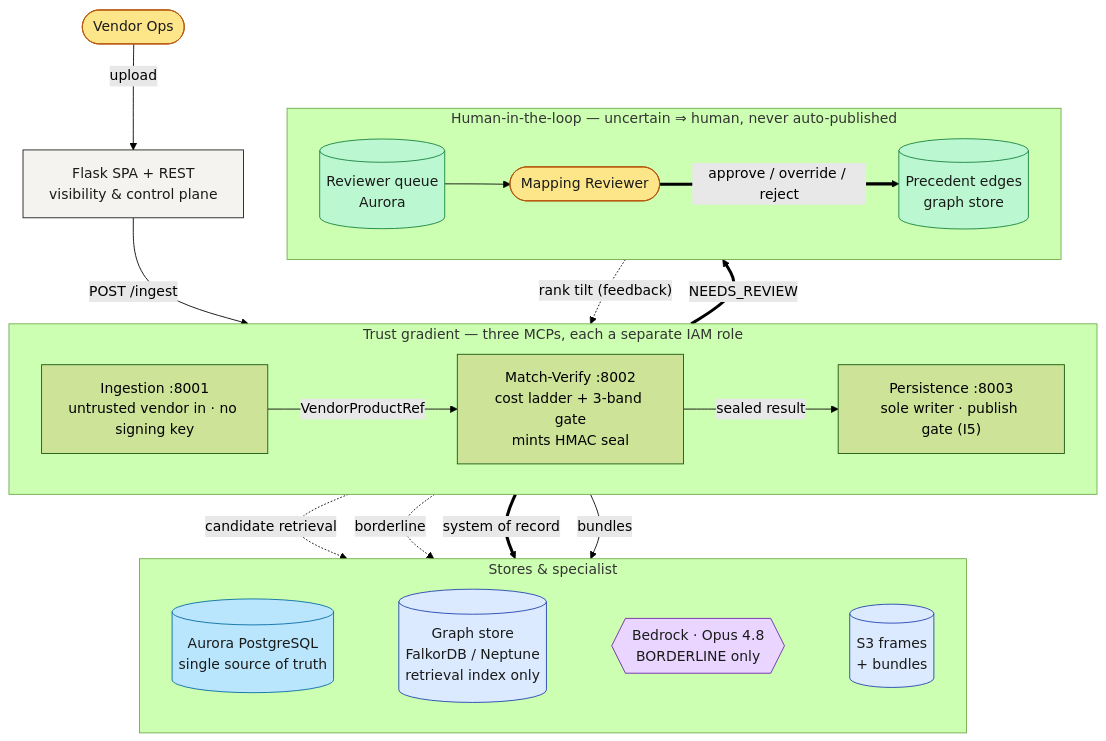
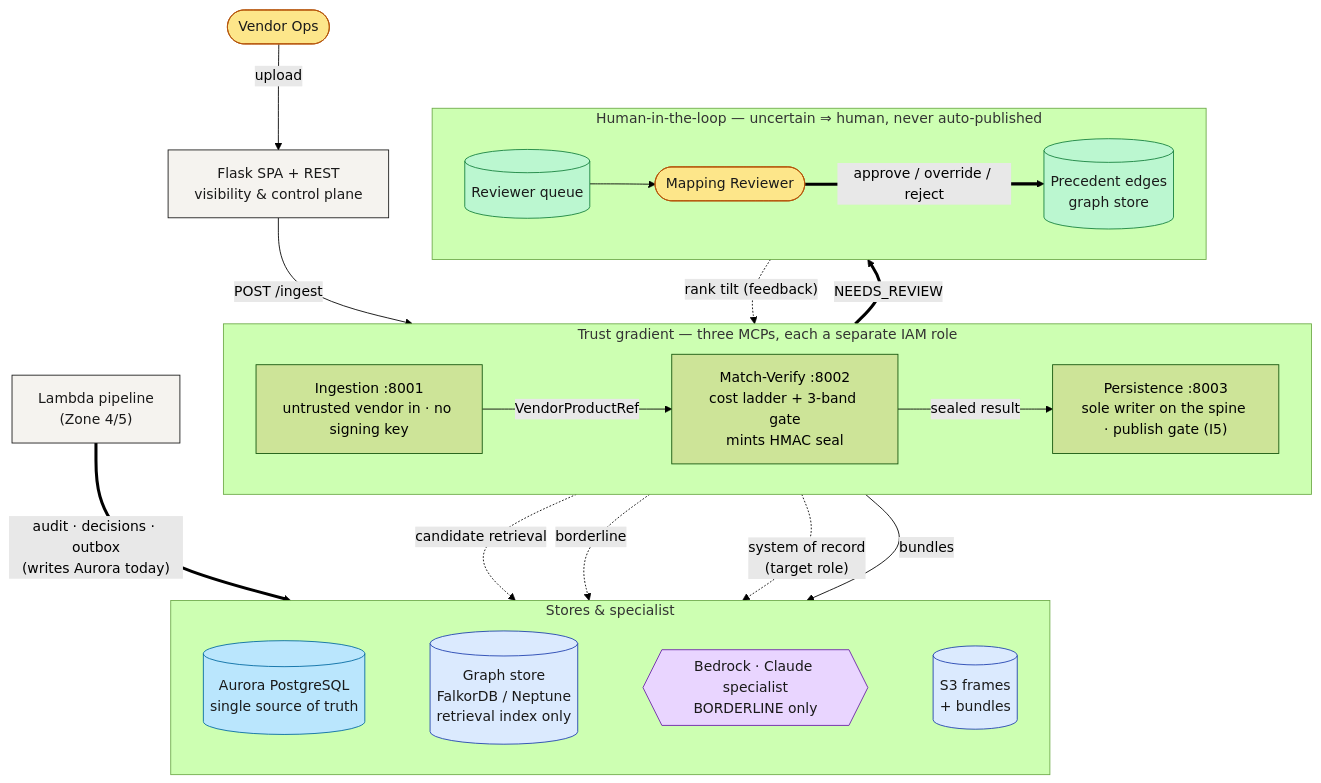
Before and after one commit to 2096955/MatchMaker: the second of 5 diagrams in README.md, drawn with Mermaid (forest theme). The commit also changed other lines of this file, not shown here.

````diff
--- a/README.md
+++ b/README.md
@@ -115,37 +296,38 @@
 ```mermaid
 flowchart TB
     vendorOps(["Vendor Ops"]):::actor -->|upload| flask["Flask SPA + REST<br/>visibility &amp; control plane"]:::ctrl
     flask -->|POST /ingest| ing
 
     subgraph spine["Trust gradient — three MCPs, each a separate IAM role"]
         direction LR
-        ing["Ingestion :8001<br/>untrusted vendor in · no signing key"] -->|VendorProductRef| mv["Match-Verify :8002<br/>cost ladder + 3-band gate<br/>mints HMAC seal"] -->|sealed result| per["Persistence :8003<br/>sole writer · publish gate (I5)"]
+        ing["Ingestion :8001<br/>untrusted vendor in · no signing key"] -->|VendorProductRef| mv["Match-Verify :8002<br/>cost ladder + 3-band gate<br/>mints HMAC seal"] -->|sealed result| per["Persistence :8003<br/>sole writer on the spine · publish gate (I5)"]
     end
 
     per ==>|NEEDS_REVIEW| queue
     subgraph hitl["Human-in-the-loop — uncertain ⇒ human, never auto-published"]
         direction LR
-        queue[("Reviewer queue<br/>Aurora")]:::hitl --> reviewer(["Mapping Reviewer"]):::actor ==>|approve / override / reject| precedent[("Precedent edges<br/>graph store")]:::hitl
+        queue[("Reviewer queue")]:::hitl --> reviewer(["Mapping Reviewer"]):::actor ==>|approve / override / reject| precedent[("Precedent edges<br/>graph store")]:::hitl
     end
     precedent -. rank tilt (feedback) .-> mv
 
     mv -. candidate retrieval .-> graphdb
     mv -. borderline .-> bedrock
-    per ==>|system of record| aurora
+    lambdaPath["Lambda pipeline<br/>(Zone 4/5)"]:::ctrl ==>|"audit · decisions · outbox<br/>(writes Aurora today)"| aurora
+    per -.->|"system of record<br/>(target role)"| aurora
     per -->|bundles| s3
     subgraph data["Stores &amp; specialist"]
         direction LR
         aurora[("Aurora PostgreSQL<br/>single source of truth")]:::record
         graphdb[("Graph store<br/>FalkorDB / Neptune<br/>retrieval index only")]:::store
-        bedrock{{"Bedrock · Opus 4.8<br/>BORDERLINE only"}}:::ext
+        bedrock{{"Bedrock · Claude specialist<br/>BORDERLINE only"}}:::ext
         s3[("S3 frames<br/>+ bundles")]:::store
         aurora ~~~ graphdb ~~~ bedrock ~~~ s3
     end
 
     classDef actor fill:#fde68a,stroke:#b45309,color:#1a1a1a
     classDef ctrl fill:#f5f3ef,stroke:#1a1a1a,color:#1a1a1a
     classDef store fill:#dbeafe,stroke:#1e40af,color:#1a1a1a
     classDef record fill:#bae6fd,stroke:#0369a1,color:#1a1a1a
     classDef ext fill:#e9d5ff,stroke:#6b21a8,color:#1a1a1a
     classDef hitl fill:#bbf7d0,stroke:#15803d,color:#1a1a1a
 ```
````
